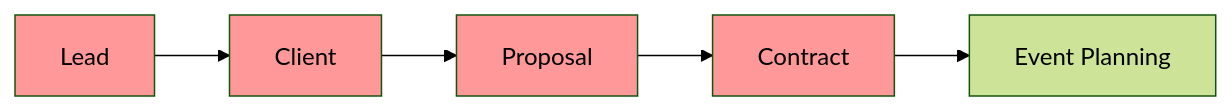
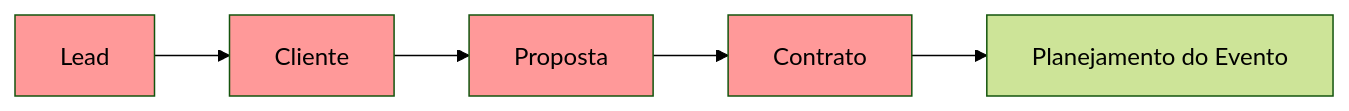
One commit to alexandredebritojr/Pulse8Front changed the sixth of 6 diagrams in pulse8-frontend/PRODUCT_STRATEGY_ANALYSIS.md. Above: the diagram before and after it, drawn with Mermaid (forest theme). The commit also changed other lines of this file, not shown here.

````diff
--- a/pulse8-frontend/PRODUCT_STRATEGY_ANALYSIS.md
+++ b/pulse8-frontend/PRODUCT_STRATEGY_ANALYSIS.md
@@ -350,8 +350,8 @@
 ```mermaid
 flowchart LR
-  L[Lead] --> C[Client] --> P[Proposal] --> K[Contract] --> E[Event Planning]
+  L[Lead] --> C[Cliente] --> P[Proposta] --> K[Contrato] --> E[Planejamento do Evento]
   style L fill:#f99
   style C fill:#f99
   style P fill:#f99
   style K fill:#f99
 ```
````
